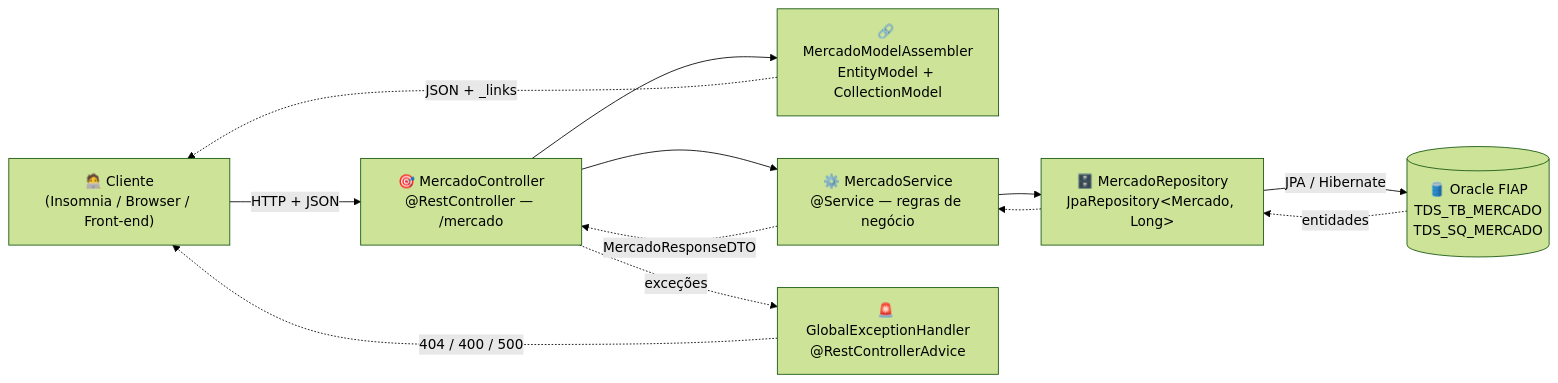
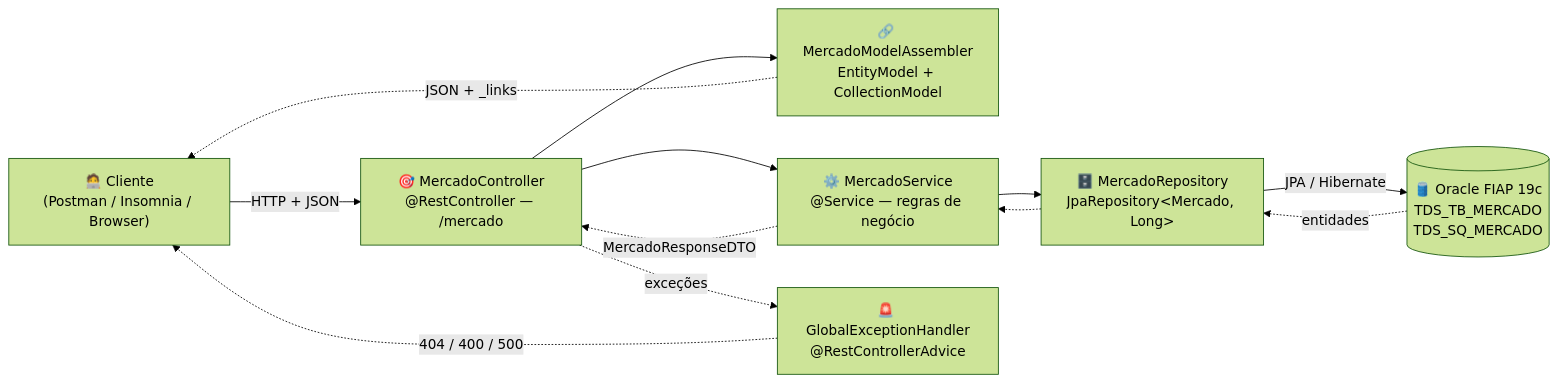
The diagram in README.md (olavoneves/mercadoexpress-api), drawn with Mermaid (forest theme) before and after one commit. The commit also changed other lines of this file and 3 other files, not shown here.

````diff
--- a/README.md
+++ b/README.md
@@ -84,22 +92,22 @@
 ```mermaid
 flowchart LR
-    Cliente["🧑‍💻 Cliente<br/>(Insomnia / Browser / Front-end)"]
+    Cliente["🧑‍💻 Cliente<br/>(Postman / Insomnia / Browser)"]
     Controller["🎯 MercadoController<br/>@RestController — /mercado"]
     Assembler["🔗 MercadoModelAssembler<br/>EntityModel + CollectionModel"]
     Service["⚙️ MercadoService<br/>@Service — regras de negócio"]
     Repository["🗄️ MercadoRepository<br/>JpaRepository&lt;Mercado, Long&gt;"]
-    Oracle[("🛢️ Oracle FIAP<br/>TDS_TB_MERCADO<br/>TDS_SQ_MERCADO")]
+    Oracle[("🛢️ Oracle FIAP 19c<br/>TDS_TB_MERCADO<br/>TDS_SQ_MERCADO")]
     Handler["🚨 GlobalExceptionHandler<br/>@RestControllerAdvice"]
 
     Cliente -->|"HTTP + JSON"| Controller
     Controller --> Service
     Service --> Repository
     Repository -->|"JPA / Hibernate"| Oracle
     Oracle -.->|"entidades"| Repository
     Repository -.-> Service
     Service -.->|"MercadoResponseDTO"| Controller
     Controller --> Assembler
     Assembler -.->|"JSON + _links"| Cliente
     Controller -.->|"exceções"| Handler
     Handler -.->|"404 / 400 / 500"| Cliente
 ```
````
